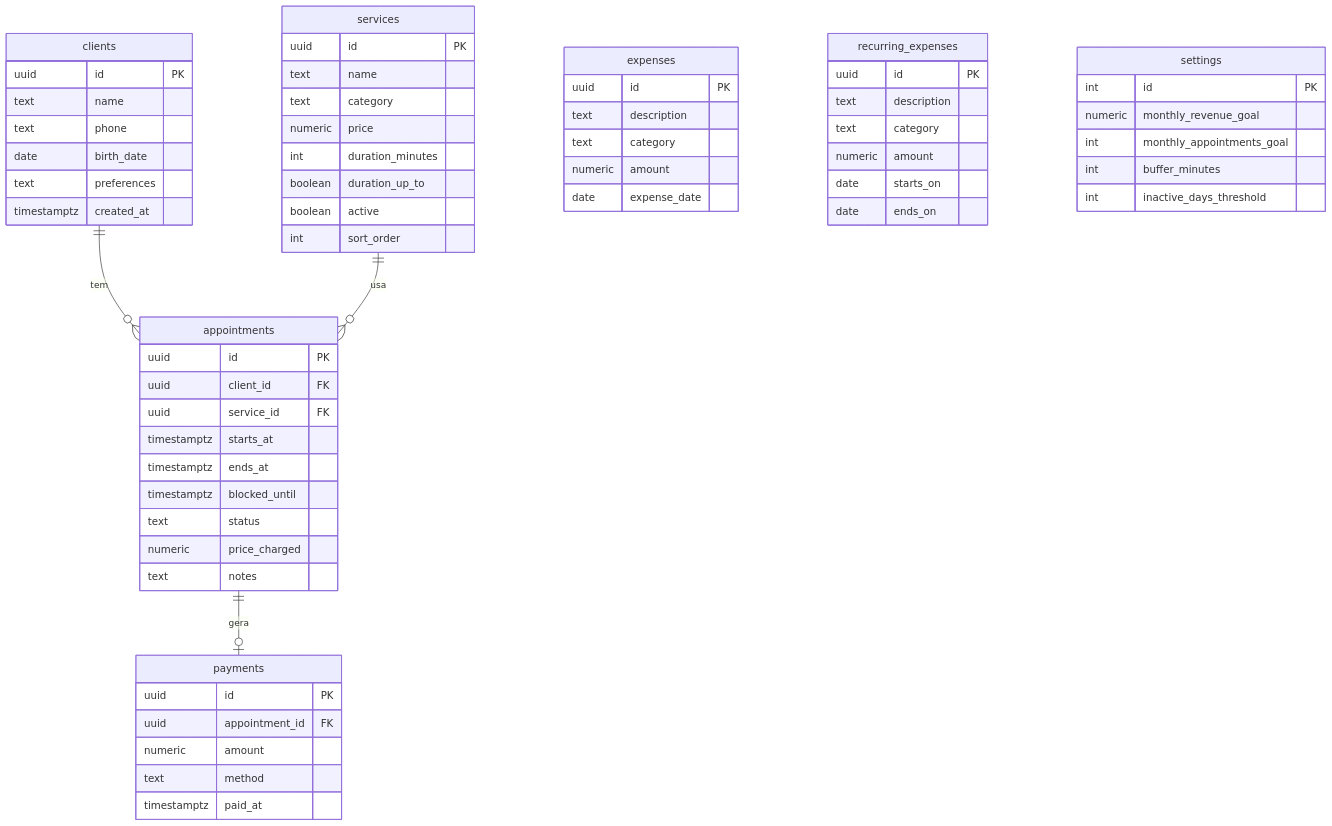
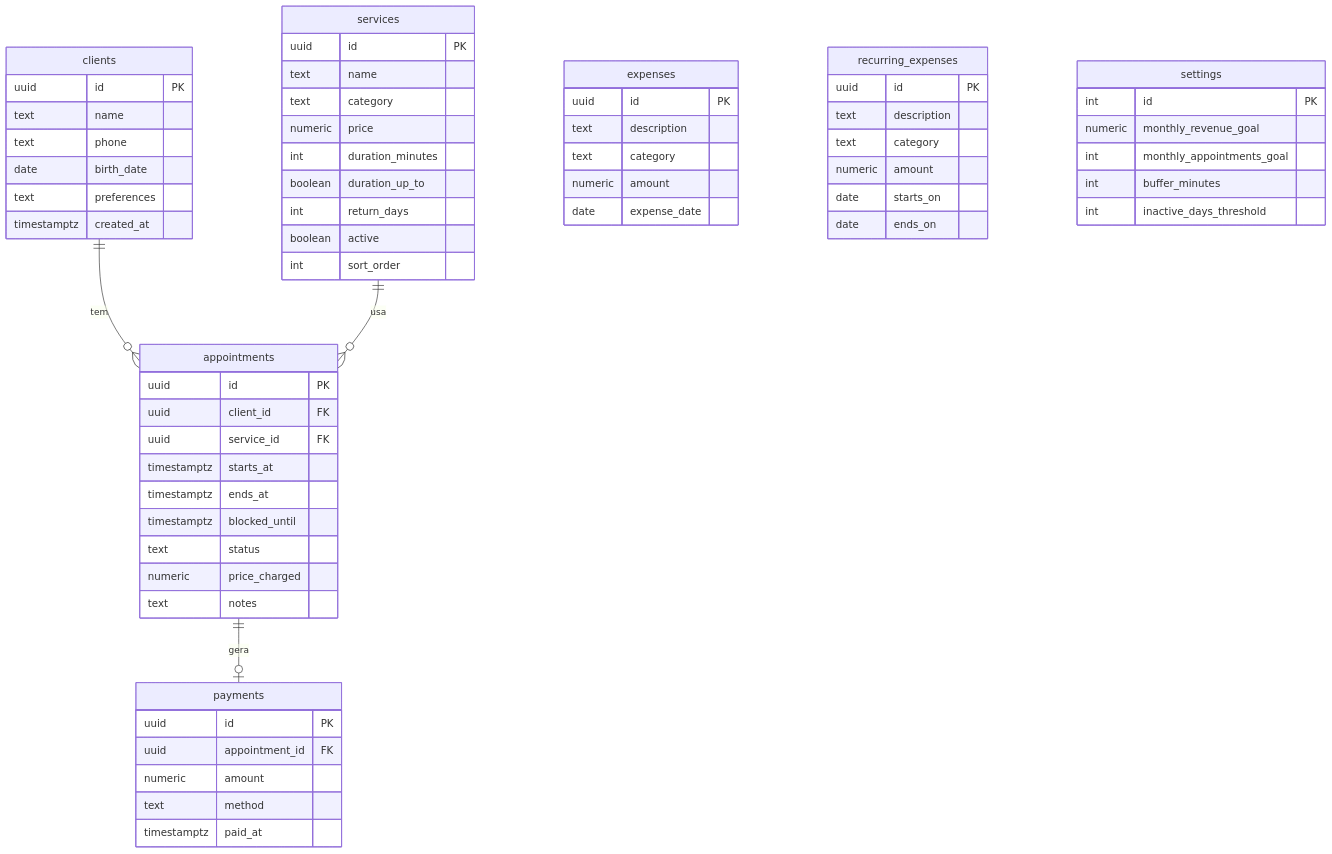
One commit to hygorbatista/Studio-Gabriela-Probst changed the diagram in docs/04-modelo-dados.md. Above: the diagram before and after it, drawn with Mermaid. The commit also changed other lines of this file and 3 other files, not shown here.

Commit message:
docs: retorno por serviço e roadmap atualizado

````diff
--- a/docs/04-modelo-dados.md
+++ b/docs/04-modelo-dados.md
@@ -7,68 +7,69 @@
 ```mermaid
 erDiagram
     clients ||--o{ appointments : tem
     services ||--o{ appointments : usa
     appointments ||--o| payments : gera
     expenses
     recurring_expenses
     settings
 
     clients {
         uuid id PK
         text name
         text phone
         date birth_date
         text preferences
         timestamptz created_at
     }
     services {
         uuid id PK
         text name
         text category
         numeric price
         int duration_minutes
         boolean duration_up_to
+        int return_days
         boolean active
         int sort_order
     }
     appointments {
         uuid id PK
         uuid client_id FK
         uuid service_id FK
         timestamptz starts_at
         timestamptz ends_at
         timestamptz blocked_until
         text status
         numeric price_charged
         text notes
     }
     payments {
         uuid id PK
         uuid appointment_id FK
         numeric amount
         text method
         timestamptz paid_at
     }
     expenses {
         uuid id PK
         text description
         text category
         numeric amount
         date expense_date
     }
     recurring_expenses {
         uuid id PK
         text description
         text category
         numeric amount
         date starts_on
         date ends_on
     }
     settings {
         int id PK
         numeric monthly_revenue_goal
         int monthly_appointments_goal
         int buffer_minutes
         int inactive_days_threshold
     }
 ```
````
